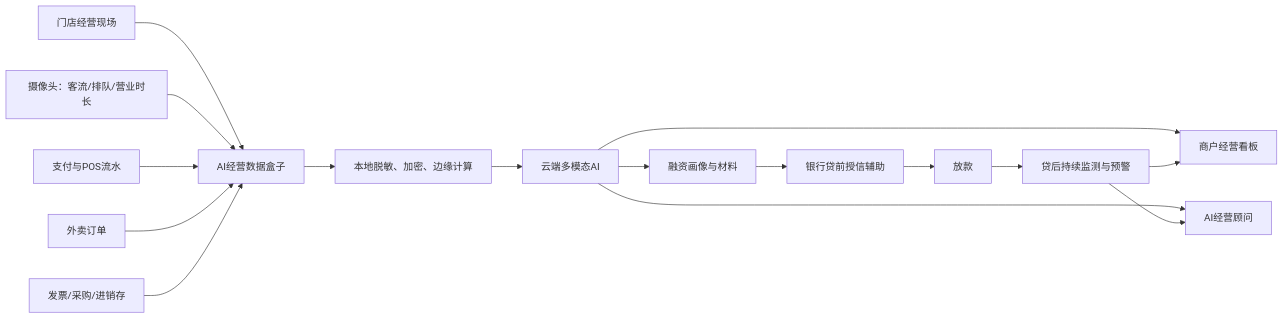
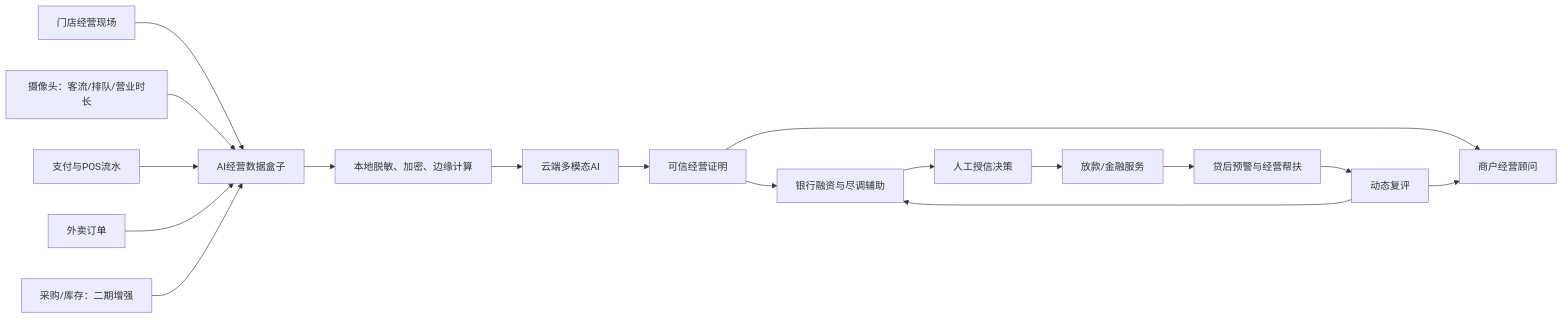
One commit to wangweihang1007-dev/puhui-shangjian changed the first of 4 diagrams in AI经营数据盒子_PRD.md. Above: the diagram before and after it, drawn with Mermaid. The commit also changed other lines of this file, not shown here.

````diff
--- a/AI经营数据盒子_PRD.md
+++ b/AI经营数据盒子_PRD.md
@@ -82,18 +119,19 @@
 ```mermaid
 flowchart LR
     A[门店经营现场] --> B[AI经营数据盒子]
     A1[摄像头：客流/排队/营业时长] --> B
     A2[支付与POS流水] --> B
     A3[外卖订单] --> B
-    A4[发票/采购/进销存] --> B
+    A4[采购/库存：二期增强] --> B
     B --> C[本地脱敏、加密、边缘计算]
     C --> D[云端多模态AI]
-    D --> E[商户经营看板]
-    D --> F[AI经营顾问]
-    D --> G[融资画像与材料]
-    G --> H[银行贷前授信辅助]
-    H --> I[放款]
-    I --> J[贷后持续监测与预警]
-    J --> E
-    J --> F
+    D --> E[可信经营证明]
+    E --> F[商户经营顾问]
+    E --> G[银行融资与尽调辅助]
+    G --> H[人工授信决策]
+    H --> I[放款/金融服务]
+    I --> J[贷后预警与经营帮扶]
+    J --> K[动态复评]
+    K --> F
+    K --> G
 ```
````
